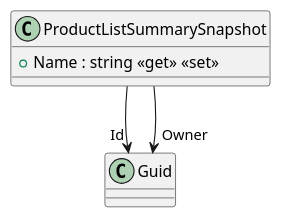
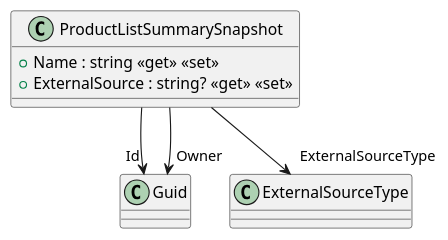
Before and after one commit to nikita-mlygin/ProperNutritionDiary: the diagram in plantuml/src/Product/ProperNutritionDiary.Product.Persistence/Product/Summary/List/ProductListSummarySnapshot.puml, drawn with PlantUML. The commit also changed 166 other files, not shown here.

```diff
--- a/plantuml/src/Product/ProperNutritionDiary.Product.Persistence/Product/Summary/List/ProductListSummarySnapshot.puml
+++ b/plantuml/src/Product/ProperNutritionDiary.Product.Persistence/Product/Summary/List/ProductListSummarySnapshot.puml
@@ -1,7 +1,9 @@
 @startuml
 class ProductListSummarySnapshot {
     + Name : string <<get>> <<set>>
+    + ExternalSource : string? <<get>> <<set>>
 }
 ProductListSummarySnapshot --> "Id" Guid
 ProductListSummarySnapshot --> "Owner" Guid
+ProductListSummarySnapshot --> "ExternalSourceType" ExternalSourceType
 @enduml
```
